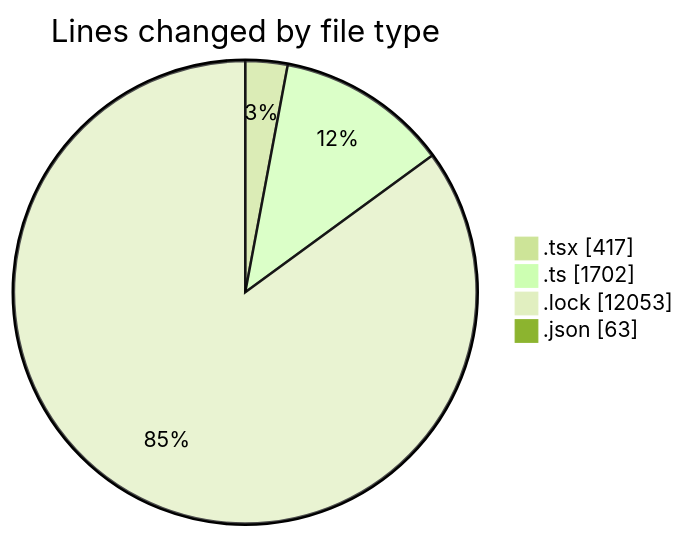
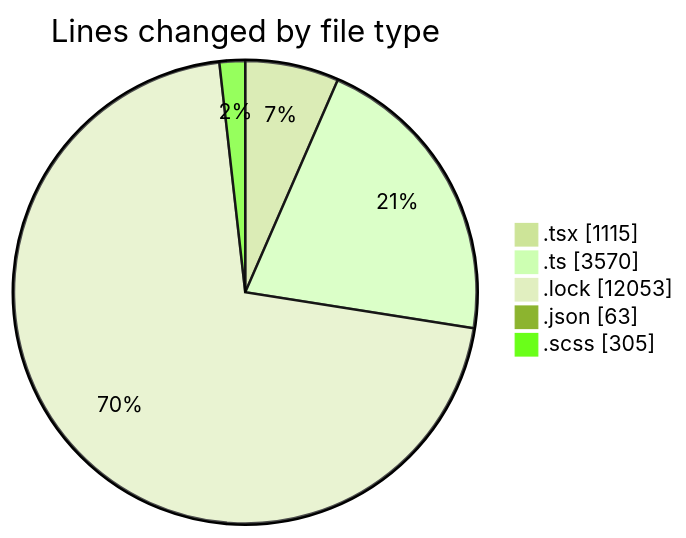
Before and after one commit to momahboobian/code-tracking: the first of 2 diagrams in 2025-12-03/cda/README.md, drawn with Mermaid (forest theme). The commit also changed other lines of this file and 1 other file, not shown here.

````diff
--- a/2025-12-03/cda/README.md
+++ b/2025-12-03/cda/README.md
@@ -23,8 +27,9 @@
 ```mermaid
 pie showData
 title Lines changed by file type
-".tsx" : 417
-".ts" : 1702
+".tsx" : 1115
+".ts" : 3570
 ".lock" : 12053
 ".json" : 63
+".scss" : 305
 ```
````
